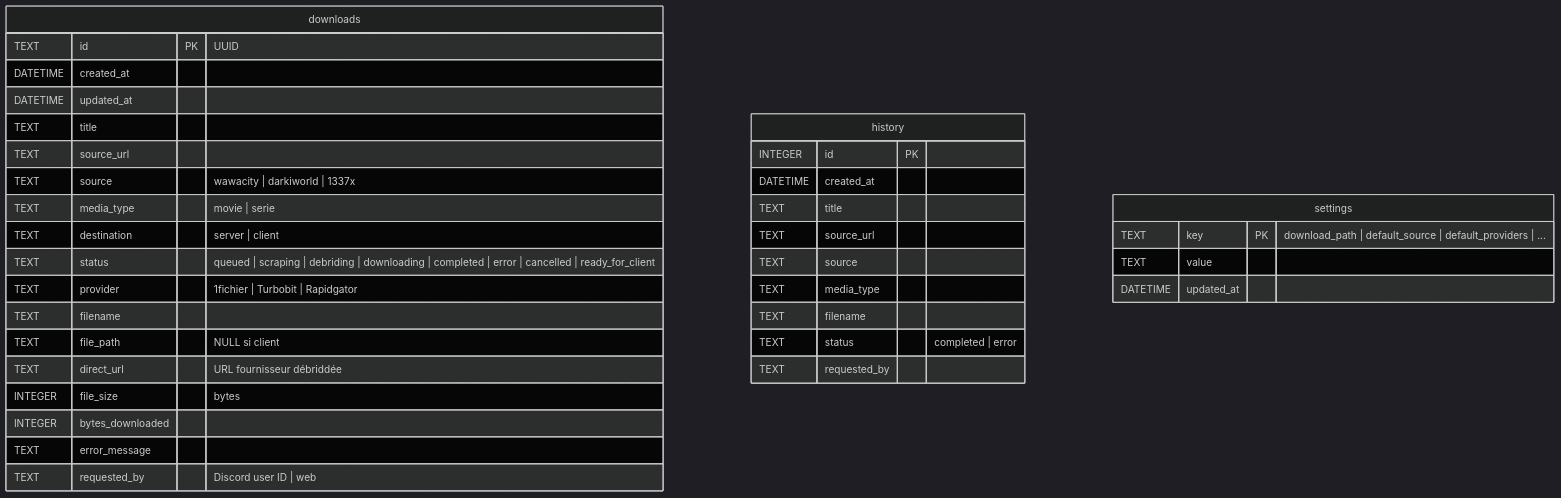
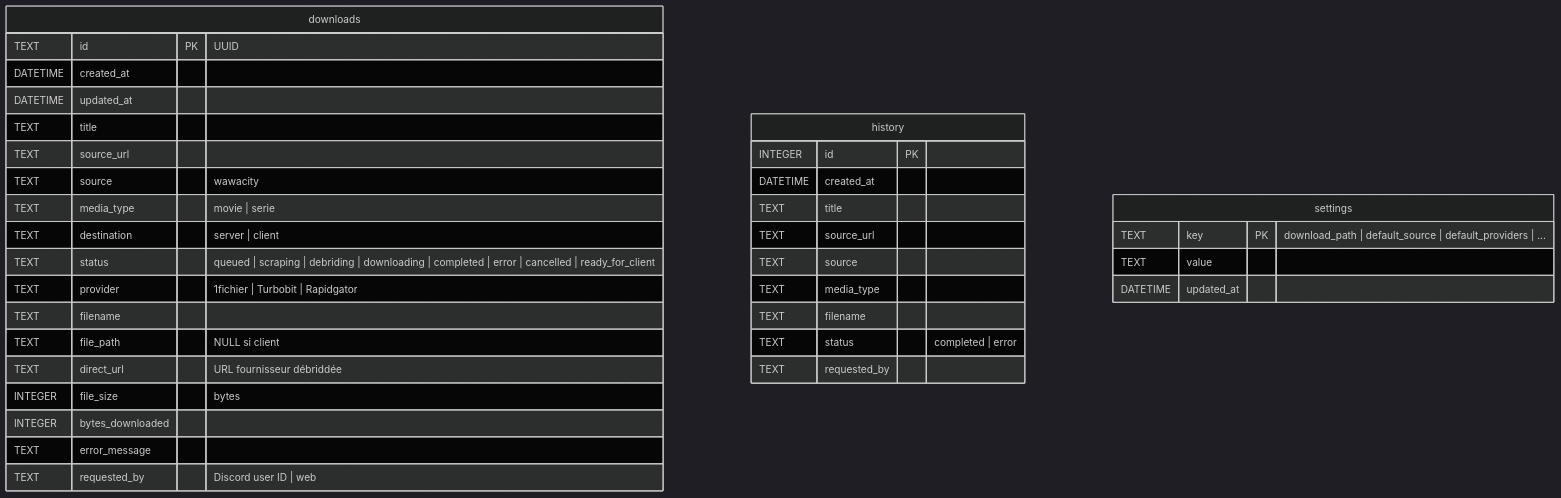
One commit to Gon3s/dl_discord_bot changed the fifth of 7 diagrams in docs/architecture-v2.md. Above: the diagram before and after it, drawn with Mermaid (dark theme). The commit also changed other lines of this file and 17 other files, not shown here.

````diff
--- a/docs/architecture-v2.md
+++ b/docs/architecture-v2.md
@@ -211,40 +199,40 @@
 ```mermaid
 erDiagram
     downloads {
         TEXT id PK "UUID"
         DATETIME created_at
         DATETIME updated_at
         TEXT title
         TEXT source_url
-        TEXT source "wawacity | darkiworld | 1337x"
+        TEXT source "wawacity"
         TEXT media_type "movie | serie"
         TEXT destination "server | client"
         TEXT status "queued | scraping | debriding | downloading | completed | error | cancelled | ready_for_client"
         TEXT provider "1fichier | Turbobit | Rapidgator"
         TEXT filename
         TEXT file_path "NULL si client"
         TEXT direct_url "URL fournisseur débriddée"
         INTEGER file_size "bytes"
         INTEGER bytes_downloaded
         TEXT error_message
         TEXT requested_by "Discord user ID | web"
     }
 
     history {
         INTEGER id PK
         DATETIME created_at
         TEXT title
         TEXT source_url
         TEXT source
         TEXT media_type
         TEXT filename
         TEXT status "completed | error"
         TEXT requested_by
     }
 
     settings {
         TEXT key PK "download_path | default_source | default_providers | ..."
         TEXT value
         DATETIME updated_at
     }
 ```
````
